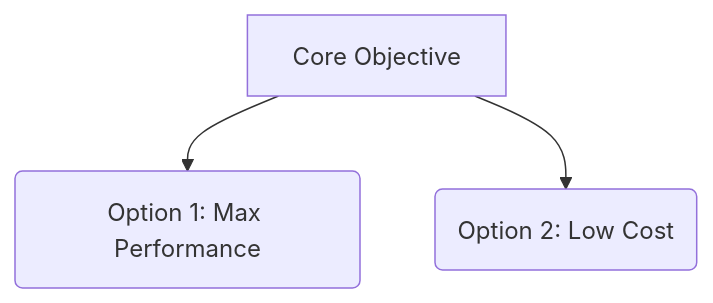
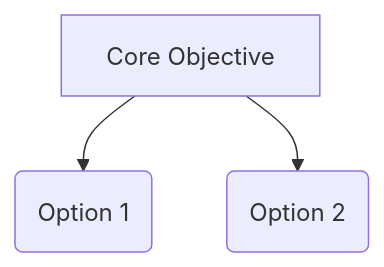
Before and after one commit to Simple53/decision-lens: the diagram in resources/report_template.md, drawn with Mermaid. The commit also changed other lines of this file and 5 other files, not shown here.

````diff
--- a/resources/report_template.md
+++ b/resources/report_template.md
@@ -13,5 +29,5 @@
 ```mermaid
 graph TD
-  A[Core Objective] --> B(Option 1: Max Performance)
-  A --> C(Option 2: Low Cost)
+  A[Core Objective] --> B(Option 1)
+  A --> C(Option 2)
 ```
````
